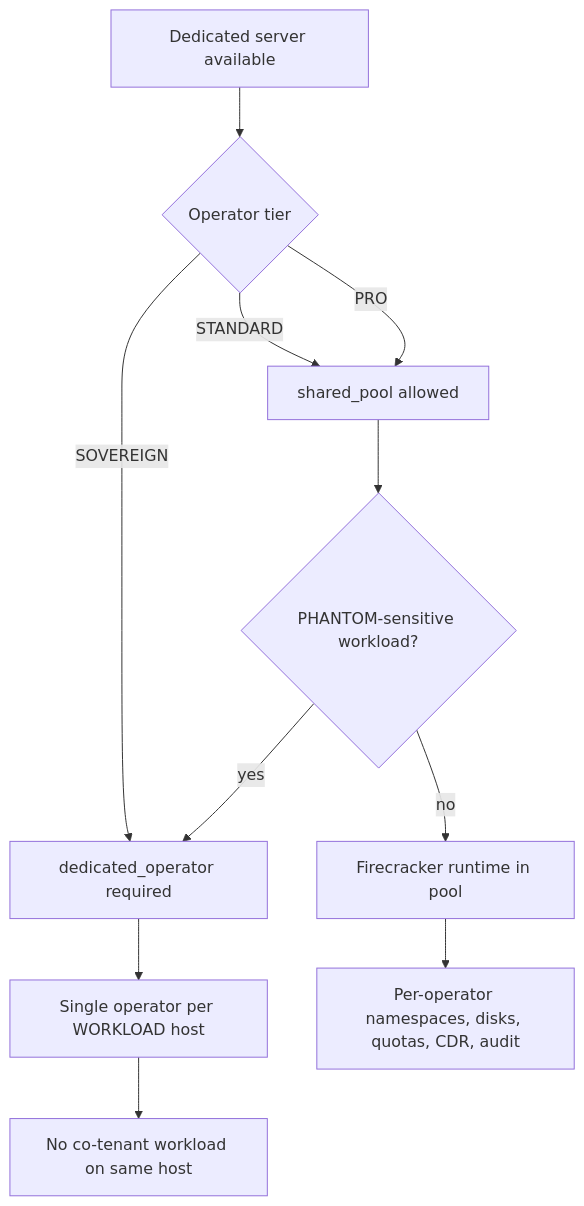
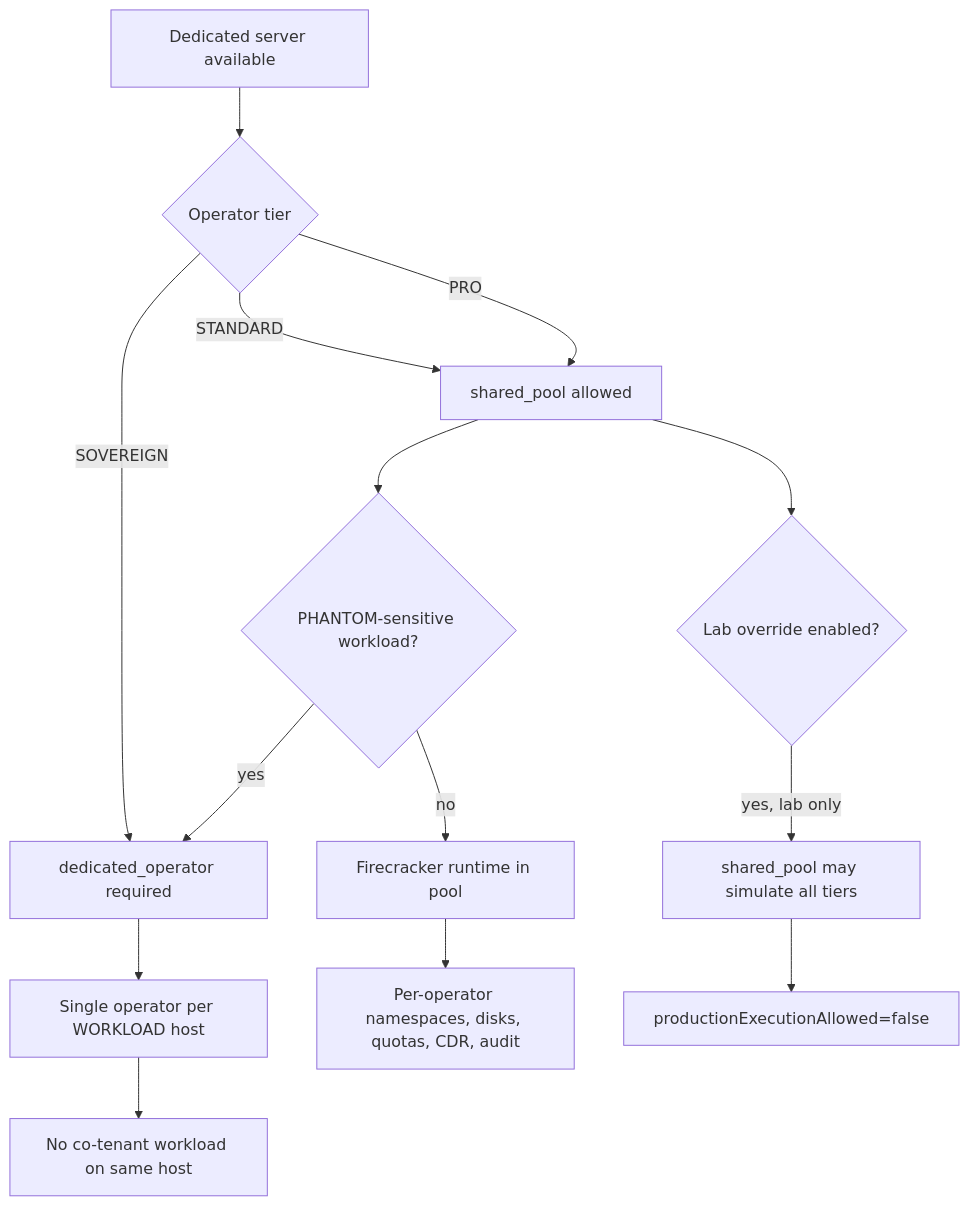
One commit to officemexel-hash/sylion_secure changed the second of 2 diagrams in docs/admin-panel-v2/90-step3-49-hetzner-robot-dedicated-workload.md. Above: the diagram before and after it, drawn with Mermaid. The commit also changed other lines of this file and 2 other files, not shown here.

Commit message:
Allow lab tenancy override for dedicated workload host

````diff
--- a/docs/admin-panel-v2/90-step3-49-hetzner-robot-dedicated-workload.md
+++ b/docs/admin-panel-v2/90-step3-49-hetzner-robot-dedicated-workload.md
@@ -84,13 +92,16 @@
 ```mermaid
 flowchart TD
     A["Dedicated server available"] --> B{"Operator tier"}
     B -- "STANDARD" --> C["shared_pool allowed"]
     B -- "PRO" --> C
     B -- "SOVEREIGN" --> D["dedicated_operator required"]
     C --> E{"PHANTOM-sensitive workload?"}
     E -- "yes" --> D
     E -- "no" --> F["Firecracker runtime in pool"]
+    C --> J{"Lab override enabled?"}
+    J -- "yes, lab only" --> K["shared_pool may simulate all tiers"]
     D --> G["Single operator per WORKLOAD host"]
     F --> H["Per-operator namespaces, disks, quotas, CDR, audit"]
     G --> I["No co-tenant workload on same host"]
+    K --> L["productionExecutionAllowed=false"]
 ```
````
